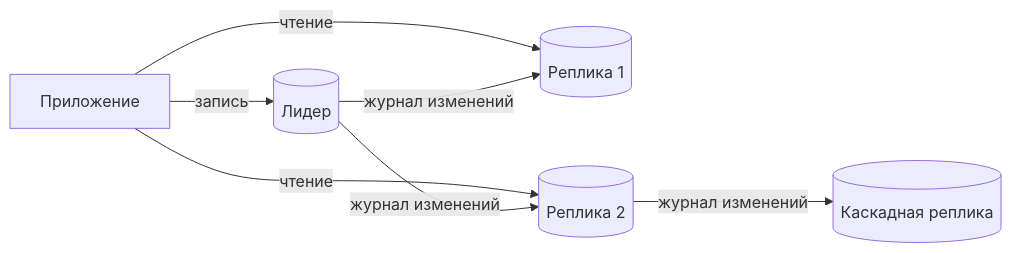
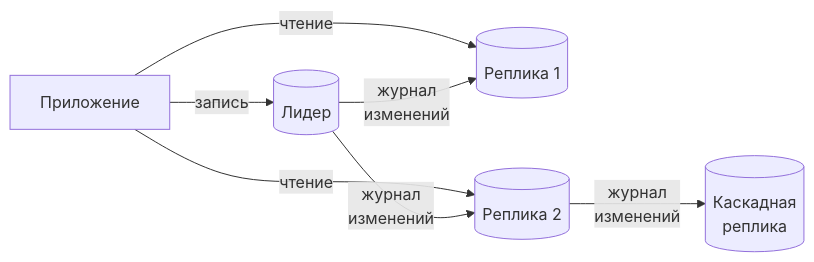
One commit to butyavk/system-design changed the first of 4 diagrams in src/content/docs/ru/data/replication.mdx. Above: the diagram before and after it, drawn with Mermaid. The commit also changed other lines of this file and 144 other files, not shown here.

````diff
--- a/src/content/docs/ru/data/replication.mdx
+++ b/src/content/docs/ru/data/replication.mdx
@@ -23,9 +23,9 @@
 ```mermaid
 flowchart LR
   app["Приложение"] -- "запись" --> leader[("Лидер")]
   app -- "чтение" --> r1[("Реплика 1")]
   app -- "чтение" --> r2[("Реплика 2")]
-  leader -- "журнал изменений" --> r1
-  leader -- "журнал изменений" --> r2
-  r2 -- "журнал изменений" --> r3[("Каскадная реплика")]
+  leader -- "журнал<br/>изменений" --> r1
+  leader -- "журнал<br/>изменений" --> r2
+  r2 -- "журнал<br/>изменений" --> r3[("Каскадная<br/>реплика")]
 ```
````
